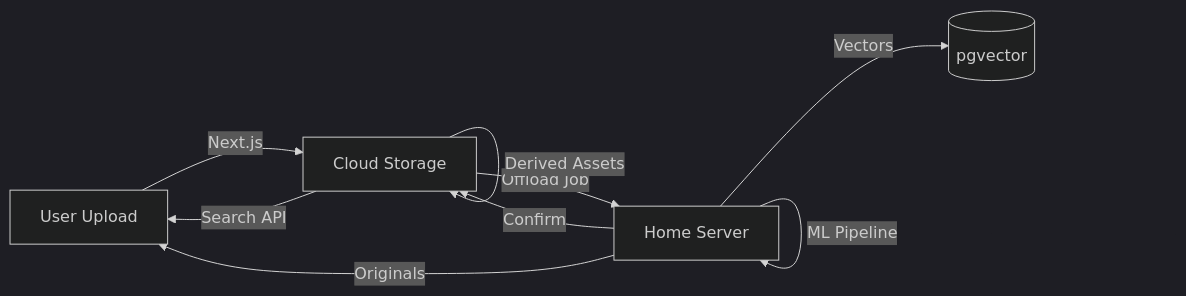
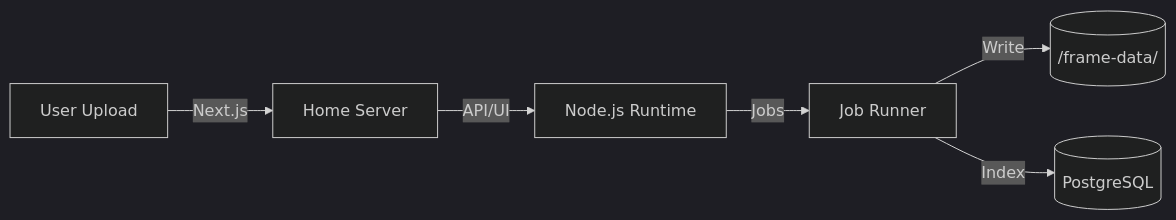
One commit to luckyhegde6/v0-frame changed the second of 2 diagrams in README.md. Above: the diagram before and after it, drawn with Mermaid (dark theme). The commit also changed other lines of this file and 13 other files, not shown here.

Commit message:
refactor: Establish new `.ai` directory for agent contracts and rules, deprecate `agentic/`, and add architecture documentation.

````diff
--- a/README.md
+++ b/README.md
@@ -53,11 +48,8 @@
 ``` mermaid
 flowchart LR
-    User[User Upload] -->|Next.js| Cloud[Cloud Storage]
-    Cloud -->|Offload Job| Home[Home Server]
-    Home -->|Confirm| Cloud
-    Cloud -->|Derived Assets| Cloud
-    Home -->|ML Pipeline| Home
-    Home -->|Vectors| DB[(pgvector)]
-    Cloud -->|Search API| User
-    Home -->|Originals| User
+    User[User Upload] -->|Next.js| Server[Home Server]
+    Server -->|API/UI| Node[Node.js Runtime]
+    Node -->|Jobs| Runner[Job Runner]
+    Runner -->|Write| Disk[(/frame-data/)]
+    Runner -->|Index| DB[(PostgreSQL)]
 ```
````
